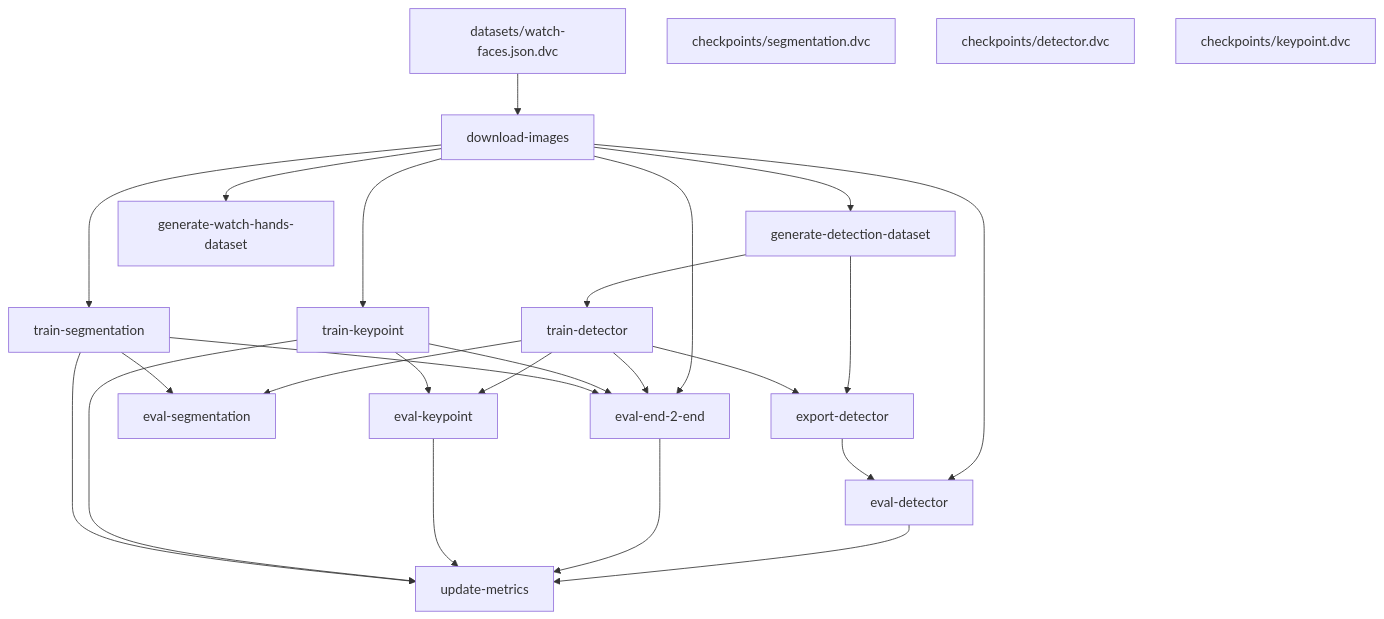
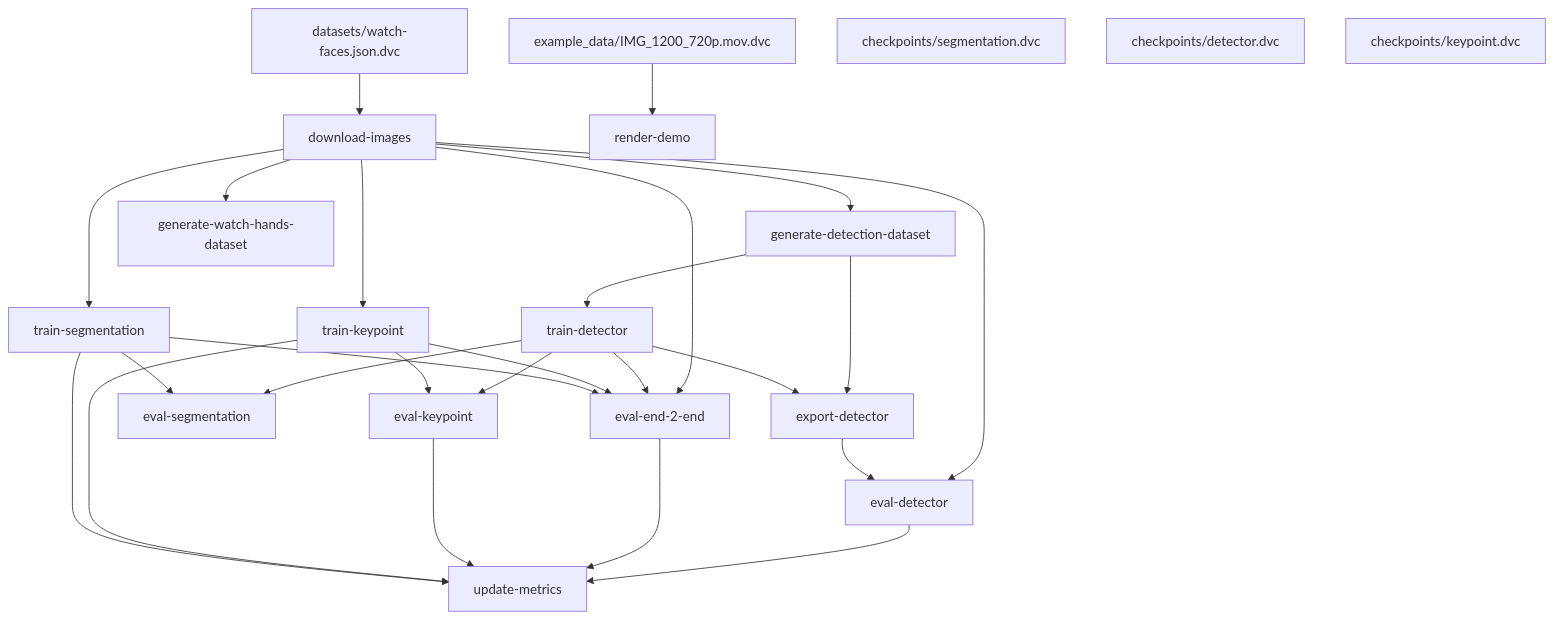
One commit to akucia/analog-watch-recognition changed the diagram in README.md. Above: the diagram before and after it, drawn with Mermaid. The commit also changed other lines of this file and 15 other files, not shown here.

Commit message:
cleanup rendering and demo scripts, fix translated lines, update metrics, update example renders

````diff
--- a/README.md
+++ b/README.md
@@ -2,42 +44,45 @@
 ```mermaid
 flowchart TD
 	node1["datasets/watch-faces.json.dvc"]
 	node2["download-images"]
 	node3["eval-detector"]
 	node4["eval-end-2-end"]
 	node5["eval-keypoint"]
 	node6["eval-segmentation"]
 	node7["export-detector"]
 	node8["generate-detection-dataset"]
 	node9["generate-watch-hands-dataset"]
 	node10["train-detector"]
 	node11["train-keypoint"]
 	node12["train-segmentation"]
 	node13["update-metrics"]
 	node1-->node2
 	node2-->node3
 	node2-->node4
 	node2-->node8
 	node2-->node9
 	node2-->node11
 	node2-->node12
 	node3-->node13
 	node4-->node13
 	node5-->node13
 	node7-->node3
 	node8-->node7
 	node8-->node10
 	node10-->node4
 	node10-->node5
 	node10-->node6
 	node10-->node7
 	node11-->node4
 	node11-->node5
 	node11-->node13
 	node12-->node4
 	node12-->node6
 	node12-->node13
-	node14["checkpoints/segmentation.dvc"]
-	node15["checkpoints/detector.dvc"]
-	node16["checkpoints/keypoint.dvc"]
+	node14["example_data/IMG_1200_720p.mov.dvc"]
+	node15["render-demo"]
+	node14-->node15
+	node16["checkpoints/segmentation.dvc"]
+	node17["checkpoints/detector.dvc"]
+	node18["checkpoints/keypoint.dvc"]
 ```
````
